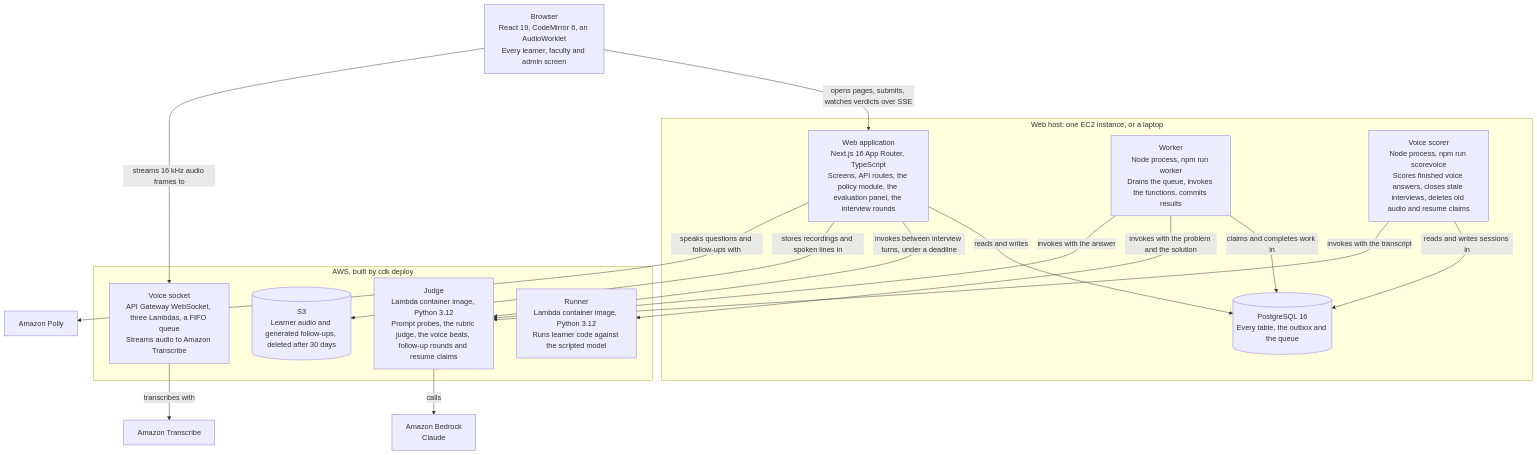
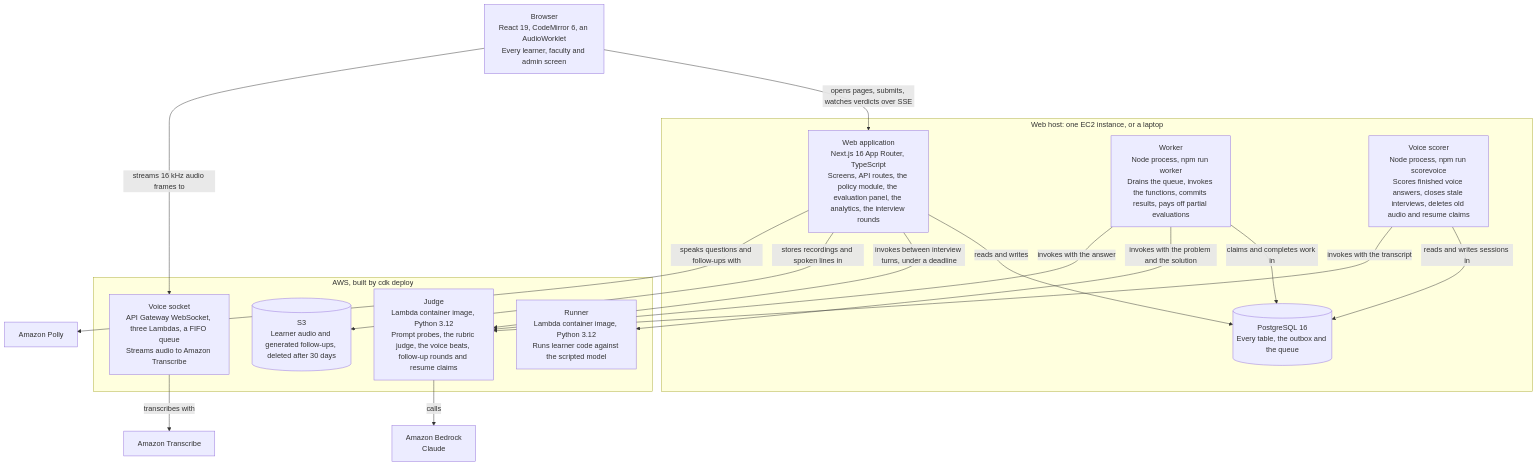
Before and after one commit to fde-academy-lab/fdeprep: the third of 12 diagrams in README.md, drawn with Mermaid. The commit also changed other lines of this file and 185 other files, not shown here.

````diff
--- a/README.md
+++ b/README.md
@@ -281,32 +286,32 @@
 ```mermaid
 flowchart TB
   browser["Browser<br/>React 19, CodeMirror 6, an AudioWorklet<br/>Every learner, faculty and admin screen"]
   subgraph host["Web host: one EC2 instance, or a laptop"]
-    web["Web application<br/>Next.js 16 App Router, TypeScript<br/>Screens, API routes, the policy module, the evaluation panel, the interview rounds"]
-    worker["Worker<br/>Node process, npm run worker<br/>Drains the queue, invokes the functions, commits results"]
+    web["Web application<br/>Next.js 16 App Router, TypeScript<br/>Screens, API routes, the policy module, the evaluation panel, the analytics, the interview rounds"]
+    worker["Worker<br/>Node process, npm run worker<br/>Drains the queue, invokes the functions, commits results, pays off partial evaluations"]
     scorer["Voice scorer<br/>Node process, npm run scorevoice<br/>Scores finished voice answers, closes stale interviews, deletes old audio and resume claims"]
     db[("PostgreSQL 16<br/>Every table, the outbox and the queue")]
   end
   subgraph aws["AWS, built by cdk deploy"]
     runner["Runner<br/>Lambda container image, Python 3.12<br/>Runs learner code against the scripted model"]
     judge["Judge<br/>Lambda container image, Python 3.12<br/>Prompt probes, the rubric judge, the voice beats, follow-up rounds and resume claims"]
     socket["Voice socket<br/>API Gateway WebSocket, three Lambdas, a FIFO queue<br/>Streams audio to Amazon Transcribe"]
     audio[("S3<br/>Learner audio and generated follow-ups, deleted after 30 days")]
   end
   bedrock["Amazon Bedrock<br/>Claude"]
   transcribe["Amazon Transcribe"]
   polly["Amazon Polly"]
   browser -->|"opens pages, submits, watches verdicts over SSE"| web
   browser -->|"streams 16 kHz audio frames to"| socket
   web -->|"reads and writes"| db
   worker -->|"claims and completes work in"| db
   scorer -->|"reads and writes sessions in"| db
   worker -->|"invokes with the problem and the solution"| runner
   worker -->|"invokes with the answer"| judge
   scorer -->|"invokes with the transcript"| judge
   web -->|"invokes between interview turns, under a deadline"| judge
   judge -->|"calls"| bedrock
   socket -->|"transcribes with"| transcribe
   web -->|"stores recordings and spoken lines in"| audio
   web -->|"speaks questions and follow-ups with"| polly
 ```
````
